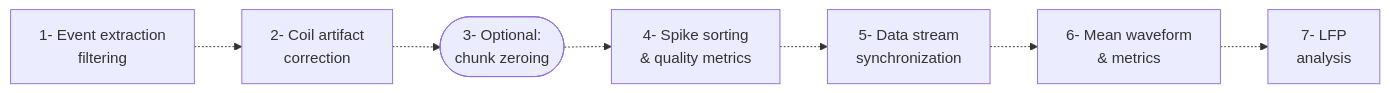
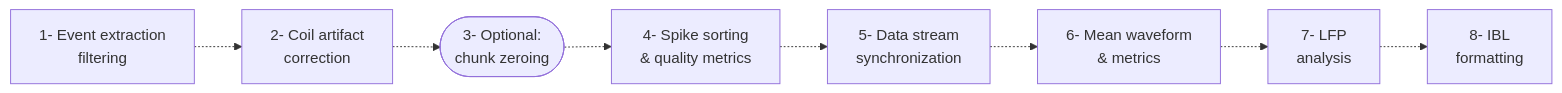
The diagram in README.md (LSENS-BMI-EPFL/ephys_preprocessing), drawn with Mermaid before and after one commit. The commit also changed other lines of this file, not shown here.

First line of the commit message:
Update README with IBL-data formatting step + batch process

````diff
--- a/README.md
+++ b/README.md
@@ -12,9 +12,10 @@
 ```mermaid
 graph LR
     Step1["1- Event extraction <br/> filtering"] -.-> Step2["2- Coil artifact <br/> correction"]
     Step2 -.-> Step3(["3- Optional: <br/> chunk zeroing"])
     Step3 -.-> Step4["4- Spike sorting <br/> & quality metrics"]
     Step4 -.-> Step5["5- Data stream <br/> synchronization"]
     Step5 -.-> Step6["6- Mean waveform <br/> & metrics"]
     Step6 -.-> Step7["7- LFP <br/> analysis"]
+    Step7 -.-> Step8["8- IBL <br/> formatting"]
 ```
````
